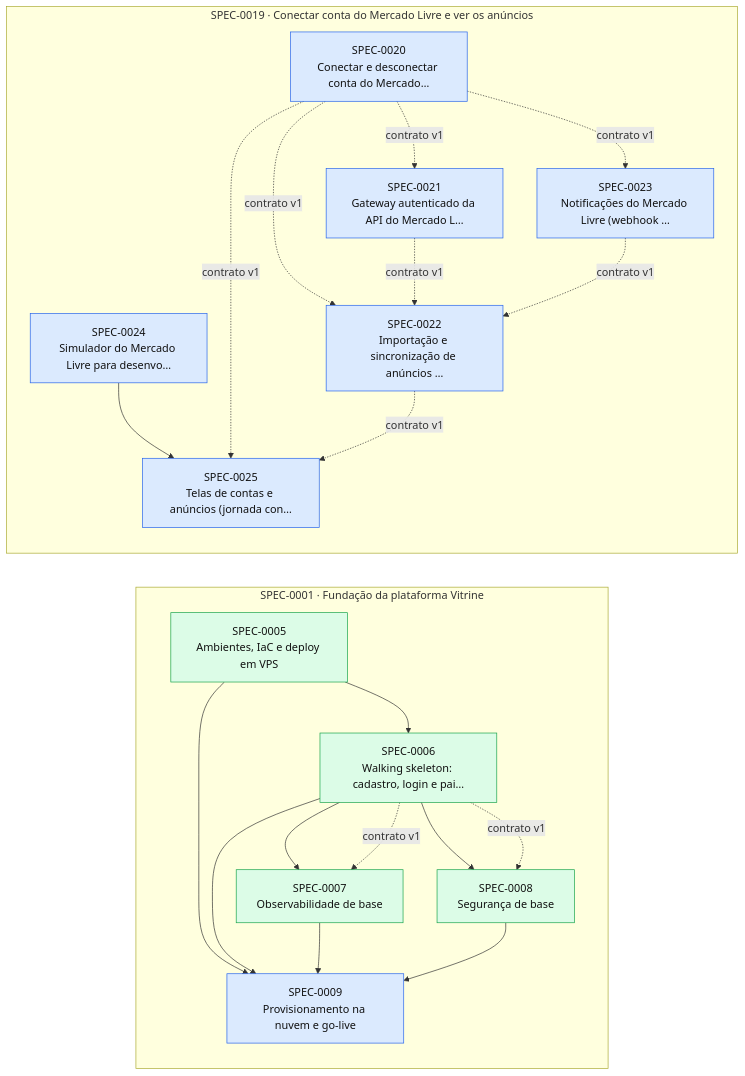
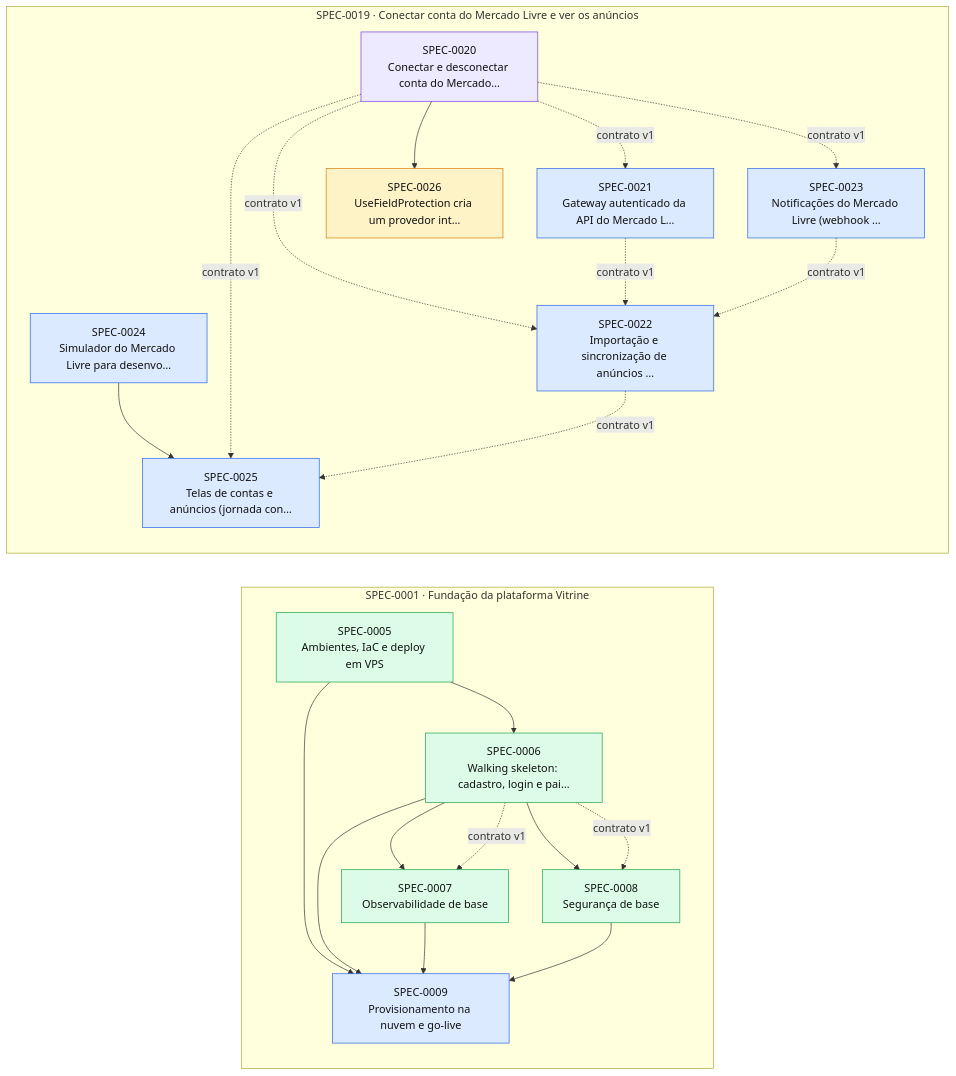
The diagram in docs/specs/INDEX.md (thomasravache/vitrine), drawn with Mermaid before and after one commit. The commit also changed other lines of this file and 7 other files, not shown here.

````diff
--- a/docs/specs/INDEX.md
+++ b/docs/specs/INDEX.md
@@ -64,40 +65,42 @@
 ```mermaid
 flowchart LR
   subgraph E0001["SPEC-0001 · Fundação da plataforma Vitrine"]
     S0005["SPEC-0005<br/>Ambientes, IaC e deploy em VPS"]:::implemented
     S0006["SPEC-0006<br/>Walking skeleton: cadastro, login e pai…"]:::implemented
     S0007["SPEC-0007<br/>Observabilidade de base"]:::implemented
     S0008["SPEC-0008<br/>Segurança de base"]:::implemented
     S0009["SPEC-0009<br/>Provisionamento na nuvem e go-live"]:::approved
   end
   subgraph E0019["SPEC-0019 · Conectar conta do Mercado Livre e ver os anúncios"]
-    S0020["SPEC-0020<br/>Conectar e desconectar conta do Mercado…"]:::approved
+    S0020["SPEC-0020<br/>Conectar e desconectar conta do Mercado…"]:::inprogress
     S0021["SPEC-0021<br/>Gateway autenticado da API do Mercado L…"]:::approved
     S0022["SPEC-0022<br/>Importação e sincronização de anúncios …"]:::approved
     S0023["SPEC-0023<br/>Notificações do Mercado Livre (webhook …"]:::approved
     S0024["SPEC-0024<br/>Simulador do Mercado Livre para desenvo…"]:::approved
     S0025["SPEC-0025<br/>Telas de contas e anúncios (jornada con…"]:::approved
+    S0026["SPEC-0026<br/>UseFieldProtection cria um provedor int…"]:::proposed
   end
   S0005 --> S0006
   S0006 --> S0007
   S0006 -. contrato v1 .-> S0007
   S0006 --> S0008
   S0006 -. contrato v1 .-> S0008
   S0005 --> S0009
   S0006 --> S0009
   S0007 --> S0009
   S0008 --> S0009
   S0020 -. contrato v1 .-> S0021
   S0020 -. contrato v1 .-> S0022
   S0021 -. contrato v1 .-> S0022
   S0023 -. contrato v1 .-> S0022
   S0020 -. contrato v1 .-> S0023
   S0024 --> S0025
   S0020 -. contrato v1 .-> S0025
   S0022 -. contrato v1 .-> S0025
+  S0020 --> S0026
   classDef proposed fill:#fef3c7,stroke:#d97706,color:#111
   classDef approved fill:#dbeafe,stroke:#2563eb,color:#111
   classDef inprogress fill:#ede9fe,stroke:#7c3aed,color:#111
   classDef implemented fill:#dcfce7,stroke:#16a34a,color:#111
   classDef deprecated fill:#f3f4f6,stroke:#9ca3af,color:#6b7280
 ```
````
